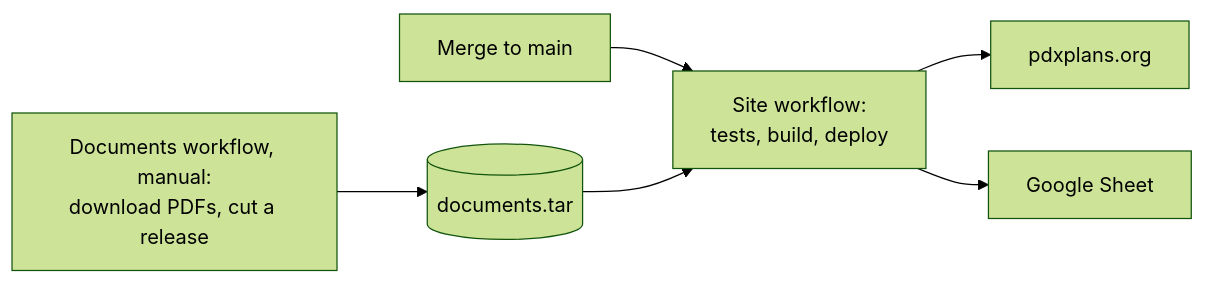
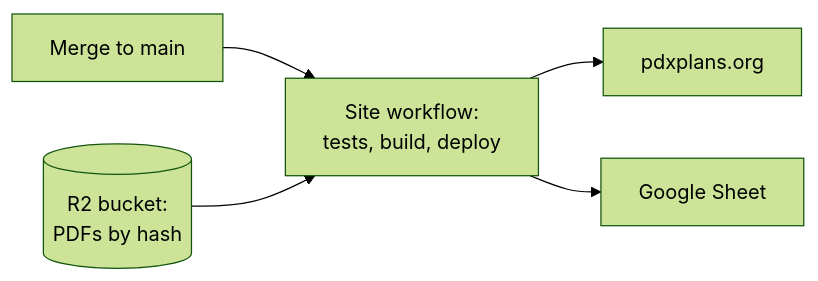
The tenth of 10 diagrams in docs/pipeline-slides.md (rosenhouse-bot-sandbox/shiba-data), drawn with Mermaid (forest theme) before and after one commit. The commit also changed other lines of this file and 13 other files, not shown here.

First line of the commit message:
Serve plan PDFs from R2 and delete the Documents workflow

````diff
--- a/docs/pipeline-slides.md
+++ b/docs/pipeline-slides.md
@@ -267,8 +267,7 @@
 ```mermaid
 flowchart LR
   merge[Merge to main] --> site[Site workflow:<br>tests, build, deploy]
-  docwf[Documents workflow, manual:<br>download PDFs, cut a release] --> tar[(documents.tar)]
-  tar --> site
+  r2[(R2 bucket:<br>PDFs by hash)] --> site
   site --> worker[pdxplans.org]
   site --> sheet[Google Sheet]
 ```
````
